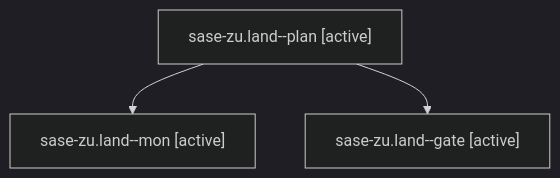
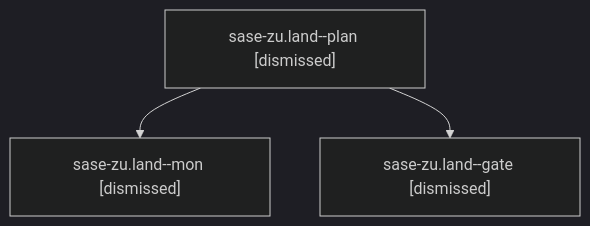
Before and after one commit to sase-org/sase--agents: the diagram in sessions/bbugyi200.athena.sase-zu.land.md, drawn with Mermaid (dark theme). The commit also changed other lines of this file and 209 other files, not shown here.

````diff
--- a/sessions/bbugyi200.athena.sase-zu.land.md
+++ b/sessions/bbugyi200.athena.sase-zu.land.md
@@ -9,8 +9,8 @@
 ```mermaid
 flowchart TD
-  n0["sase-zu.land--plan [active]"]
-  n1["sase-zu.land--mon [active]"]
+  n0["sase-zu.land--plan [dismissed]"]
+  n1["sase-zu.land--mon [dismissed]"]
   n0 --> n1
-  n2["sase-zu.land--gate [active]"]
+  n2["sase-zu.land--gate [dismissed]"]
   n0 --> n2
 ```
````
